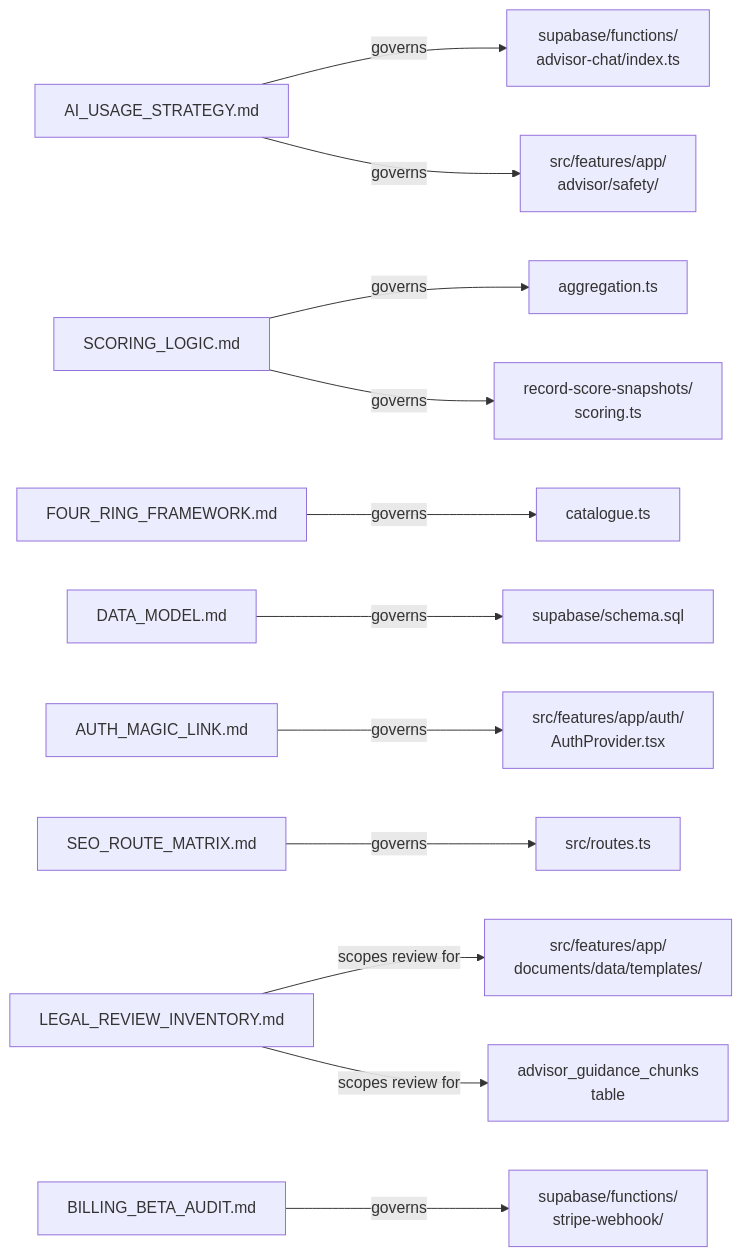
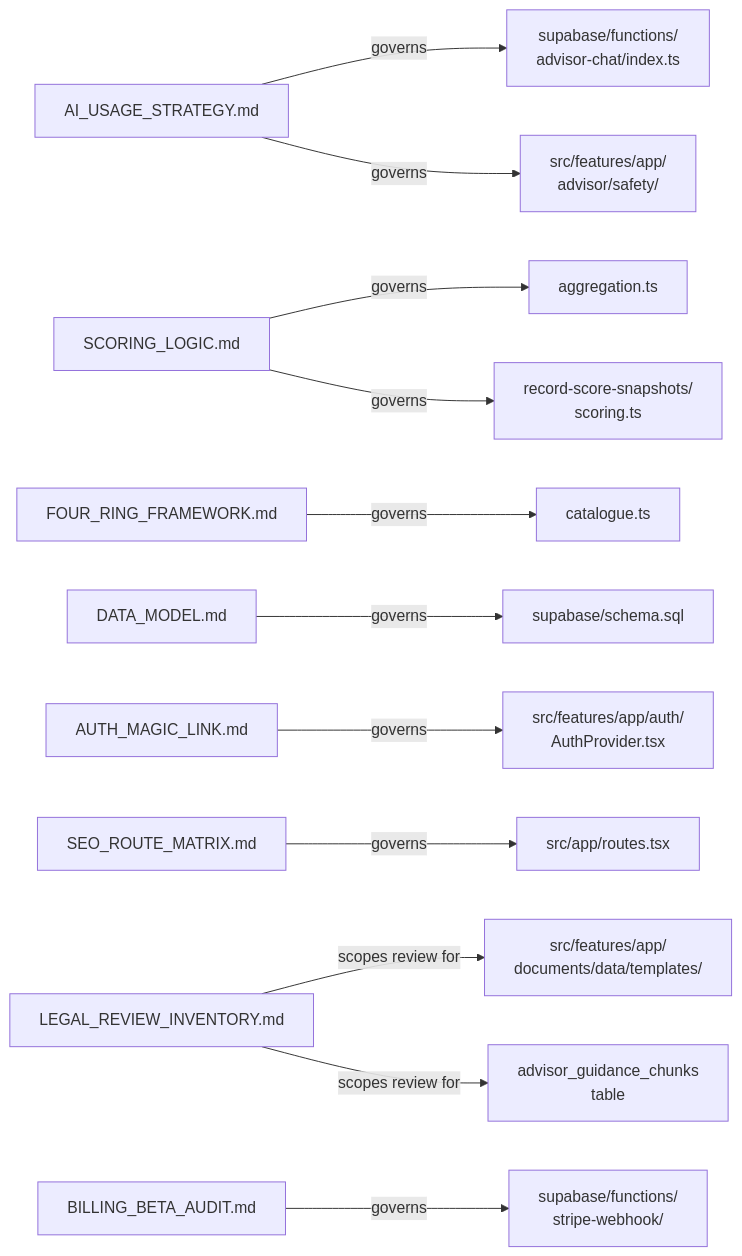
Before and after one commit to Dutiva-Canada/Dutiva_Web: the second of 3 diagrams in docs/wiki/Design-Handoff-Documentation.md, drawn with Mermaid. The commit also changed other lines of this file and 84 other files, not shown here.

````diff
--- a/docs/wiki/Design-Handoff-Documentation.md
+++ b/docs/wiki/Design-Handoff-Documentation.md
@@ -82,14 +82,14 @@
 ```mermaid
 graph LR
     AIUSE["AI_USAGE_STRATEGY.md"] -->|"governs"| AdvisorChat["supabase/functions/\nadvisor-chat/index.ts"]
     AIUSE -->|"governs"| Safety["src/features/app/\nadvisor/safety/"]
     SCORE["SCORING_LOGIC.md"] -->|"governs"| Agg["aggregation.ts"]
     SCORE -->|"governs"| Scoring["record-score-snapshots/\nscoring.ts"]
     FOUR["FOUR_RING_FRAMEWORK.md"] -->|"governs"| Cat["catalogue.ts"]
     DATA["DATA_MODEL.md"] -->|"governs"| Schema["supabase/schema.sql"]
     AUTH["AUTH_MAGIC_LINK.md"] -->|"governs"| AuthProv["src/features/app/auth/\nAuthProvider.tsx"]
-    SEO["SEO_ROUTE_MATRIX.md"] -->|"governs"| Routes["src/routes.ts"]
+    SEO["SEO_ROUTE_MATRIX.md"] -->|"governs"| Routes["src/app/routes.tsx"]
     LEGAL["LEGAL_REVIEW_INVENTORY.md"] -->|"scopes review for"| Templates["src/features/app/\ndocuments/data/templates/"]
     LEGAL -->|"scopes review for"| Corpus["advisor_guidance_chunks\ntable"]
     BILLING["BILLING_BETA_AUDIT.md"] -->|"governs"| Stripe["supabase/functions/\nstripe-webhook/"]
 ```
````
